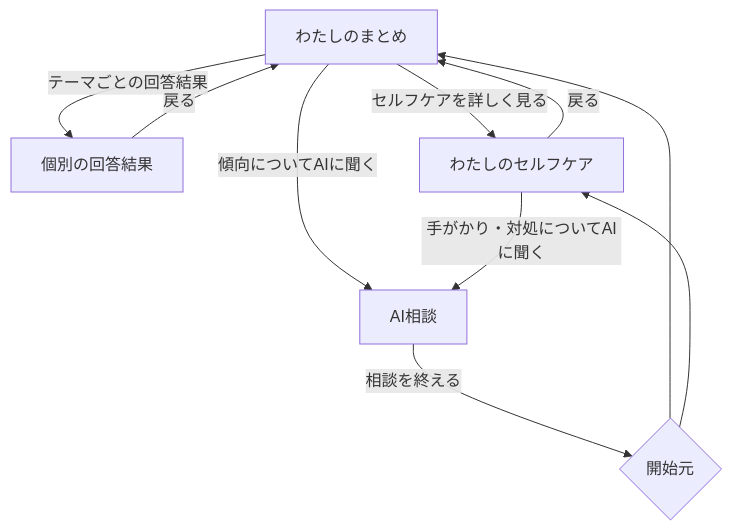
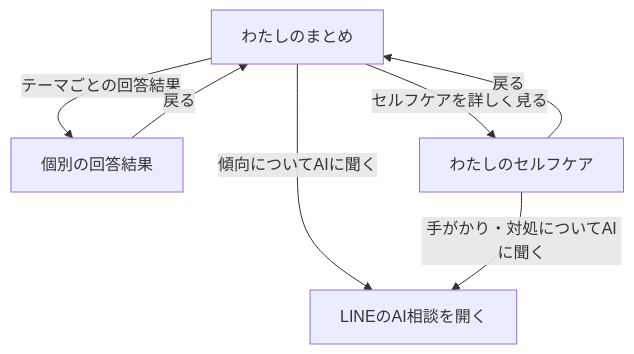
Before and after one commit to kkyosuke/me-builder: the fourth of 7 diagrams in docs/product/screen-navigation.md, drawn with Mermaid. The commit also changed other lines of this file and 12 other files, not shown here.

````diff
--- a/docs/product/screen-navigation.md
+++ b/docs/product/screen-navigation.md
@@ -201,12 +202,9 @@
 ```mermaid
 flowchart TD
     P[わたしのまとめ] -->|テーマごとの回答結果| R[個別の回答結果]
     R -->|戻る| P
     P -->|セルフケアを詳しく見る| S[わたしのセルフケア]
     S -->|戻る| P
-    P -->|傾向についてAIに聞く| A[AI相談]
+    P -->|傾向についてAIに聞く| A[LINEのAI相談を開く]
     S -->|手がかり・対処についてAIに聞く| A
-    A -->|相談を終える| O{開始元}
-    O --> P
-    O --> S
 ```
````
